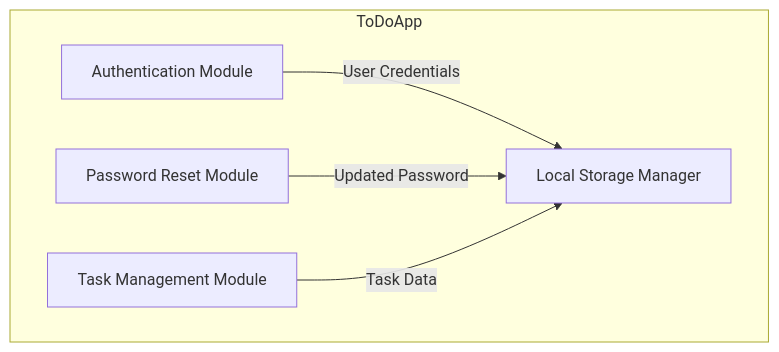
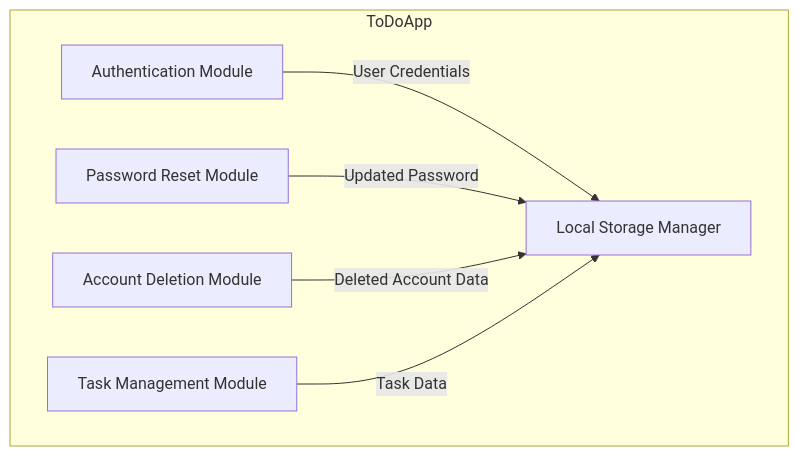
Before and after one commit to Gogi2016/ToDoApp: the third of 4 diagrams in ARCHITECTURE.md, drawn with Mermaid. The commit also changed other lines of this file, not shown here.

````diff
--- a/ARCHITECTURE.md
+++ b/ARCHITECTURE.md
@@ -85,12 +86,14 @@
 ``` mermaid
 graph TD;
   subgraph ToDoApp
     Auth[Authentication Module]
     PasswordReset[Password Reset Module]
+    AccountDelete[Account Deletion Module]
     Task[Task Management Module]
     Storage[Local Storage Manager]
   end
   Auth -->|User Credentials| Storage
   PasswordReset -->|Updated Password| Storage
+  AccountDelete -->|Deleted Account Data| Storage
   Task -->|Task Data| Storage
   ```
````
